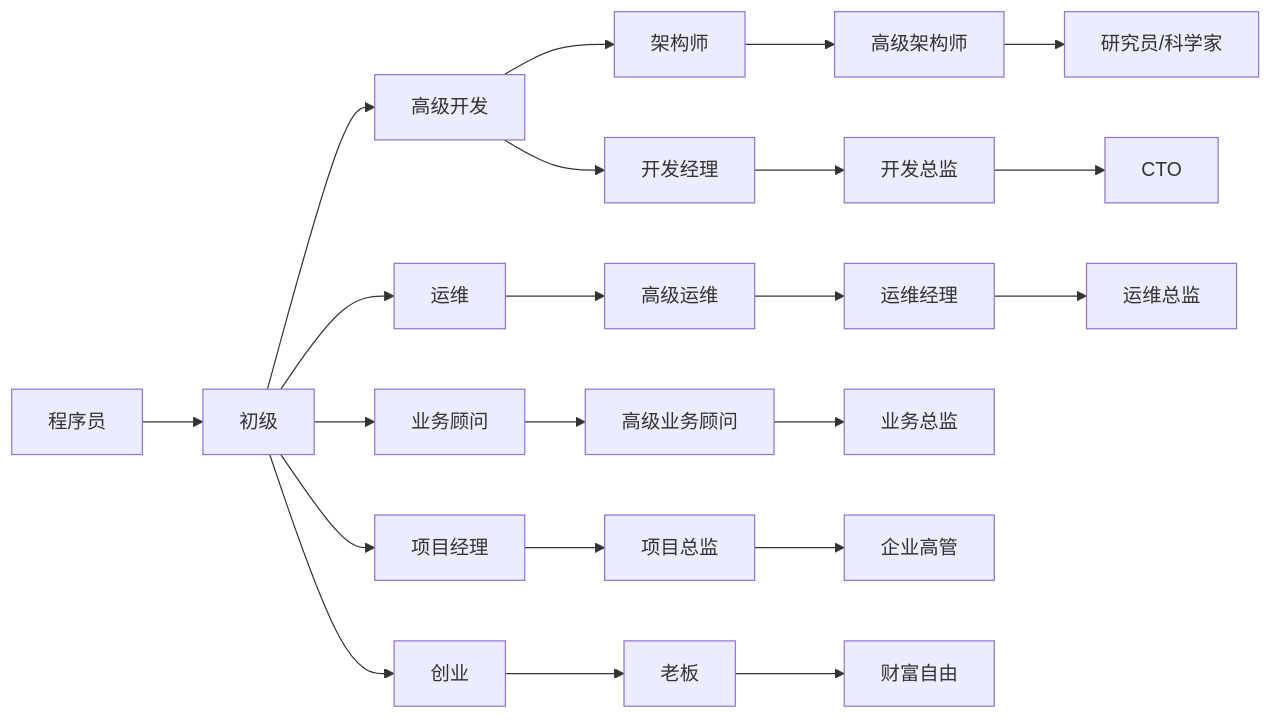
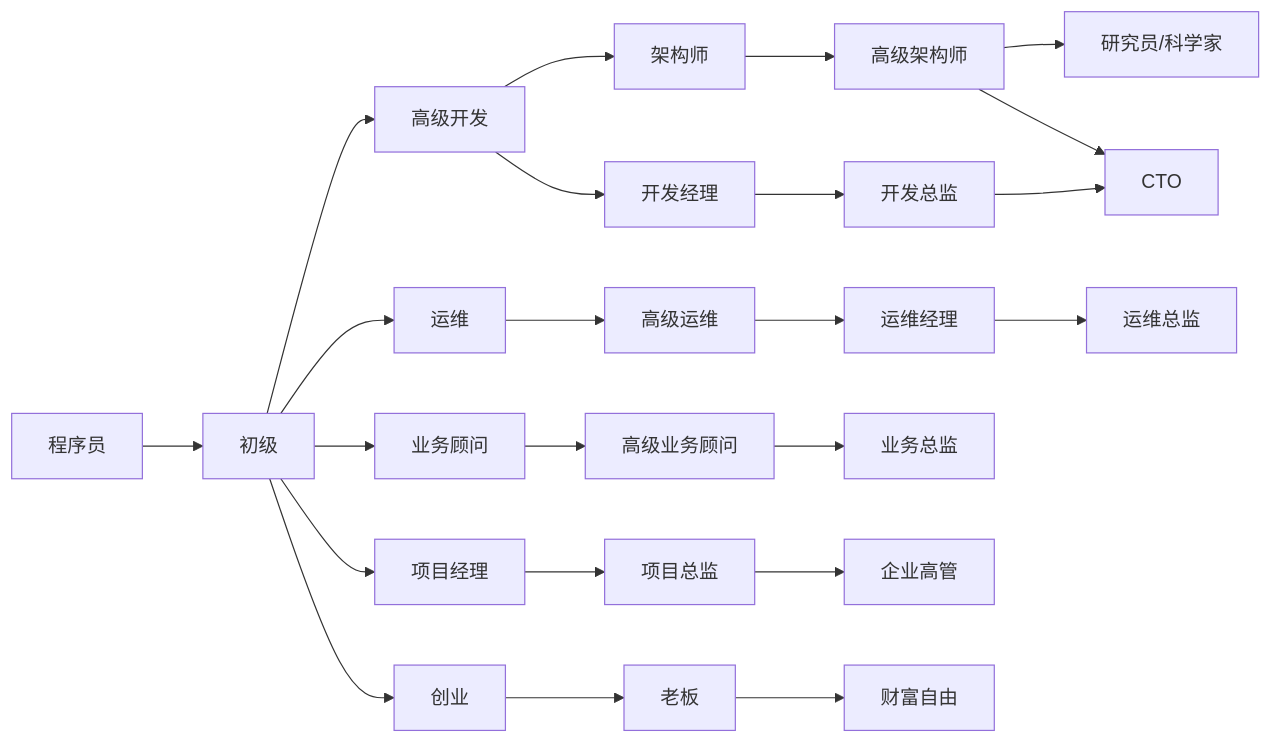
Before and after one commit to namelessmyth/beFreeCoder: the first of 2 diagrams in README.md, drawn with Mermaid. The commit also changed other lines of this file and 5 other files, not shown here.

````diff
--- a/README.md
+++ b/README.md
@@ -43,11 +43,12 @@
 ```mermaid
 flowchart LR
 
 root[程序员]
 root-->dev[初级]-->sdev[高级开发]-->架构师-->高级架构师-->top["研究员/科学家"]
 sdev-->开发经理-->开发总监-->CTO
+高级架构师-->CTO
 dev-->运维-->高级运维-->运维经理-->运维总监
 dev-->业务顾问-->高级业务顾问-->业务总监
 dev-->项目经理-->项目总监-->企业高管
 dev-->创业-->老板-->财富自由
 ```
````
